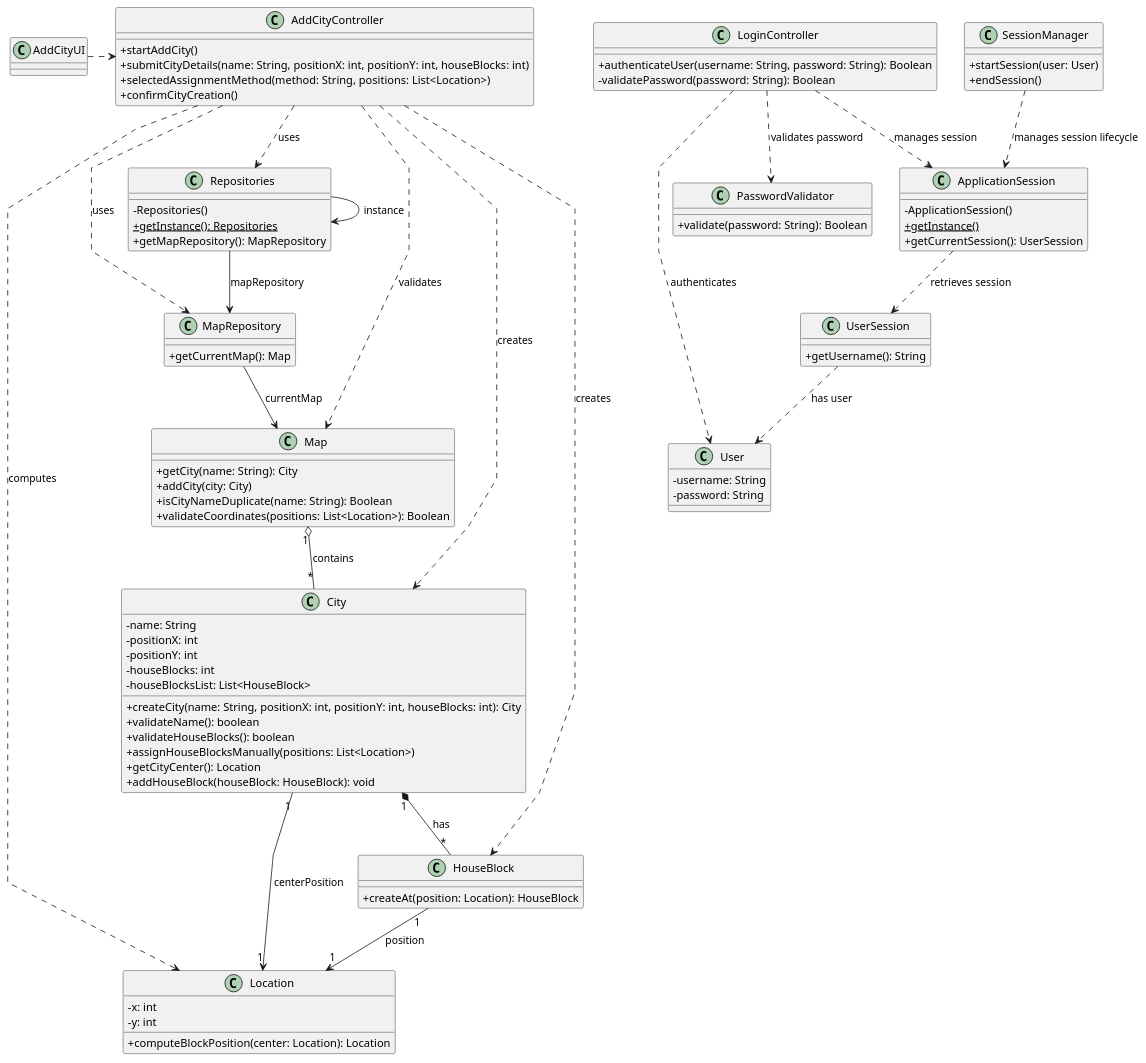
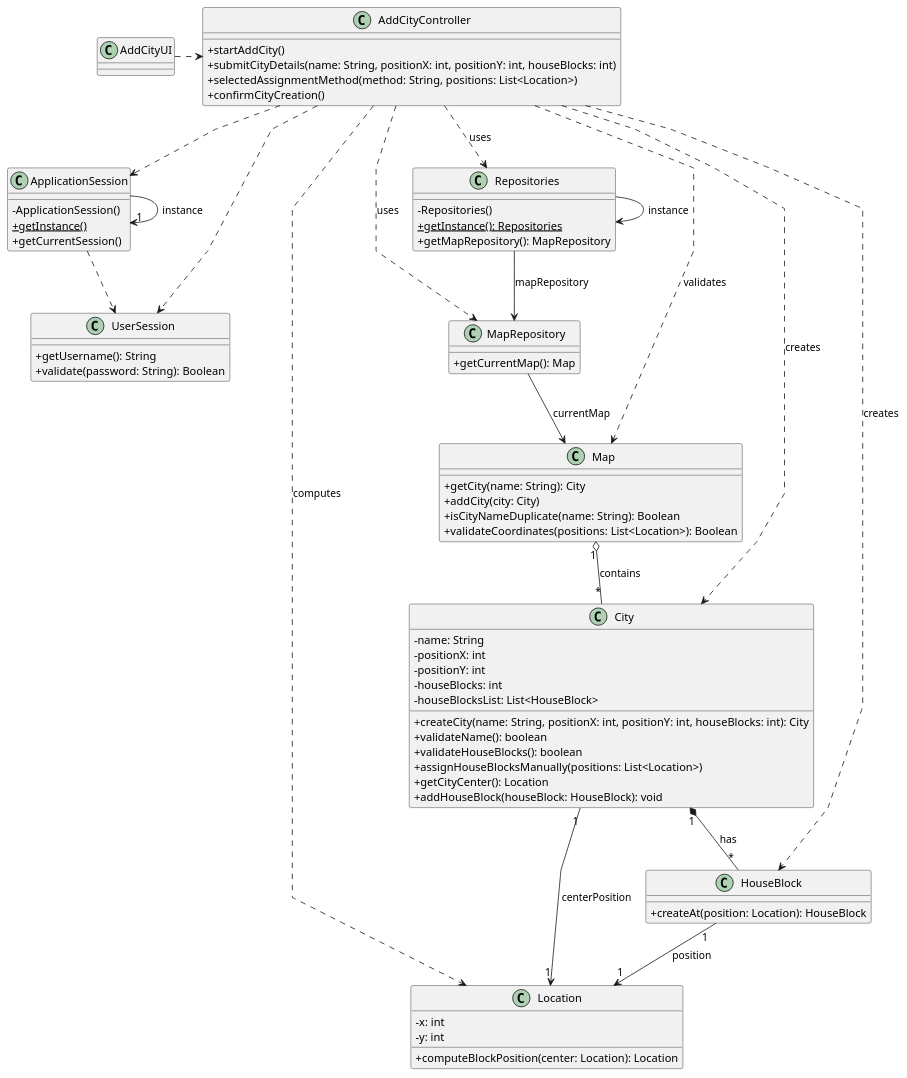
One commit to 1240826/empire-on-tracks changed the diagram in docs/system-documentation/US003/03.design/puml/US003-CD.puml. Above: the diagram before and after it, drawn with PlantUML. The commit also changed 3 other files, not shown here.

```diff
--- a/docs/system-documentation/US003/03.design/puml/US003-CD.puml
+++ b/docs/system-documentation/US003/03.design/puml/US003-CD.puml
@@ -1,118 +1,98 @@
 @startuml
 skinparam packageStyle rectangle
 skinparam shadowing false
 skinparam linetype polyline
 skinparam classAttributeIconSize 0
 
-class "LoginController" {
-    + authenticateUser(username: String, password: String): Boolean
-    - validatePassword(password: String): Boolean
+class ApplicationSession
+{
+    - ApplicationSession()
+    + {static} getInstance()
+    + getCurrentSession()
 }
 
-class "User" {
-    - username: String
-    - password: String
-}
-
-class "PasswordValidator" {
+class UserSession {
+    + getUsername(): String
     + validate(password: String): Boolean
 }
 
-class "ApplicationSession" {
-    - ApplicationSession()
-    + {static} getInstance()
-    + getCurrentSession(): UserSession
-}
+ApplicationSession ..> UserSession
+ApplicationSession -> "1" ApplicationSession : instance
 
-class "UserSession" {
-    + getUsername(): String
-}
-
-class "SessionManager" {
-    + startSession(user: User)
-    + endSession()
-}
 
 class "City" {
     - name: String
     - positionX: int
     - positionY: int
     - houseBlocks: int
     - houseBlocksList: List<HouseBlock>
     + createCity(name: String, positionX: int, positionY: int, houseBlocks: int): City
     + validateName(): boolean
     + validateHouseBlocks(): boolean
     + assignHouseBlocksManually(positions: List<Location>)
     + getCityCenter(): Location
     + addHouseBlock(houseBlock: HouseBlock): void
 }
 
 class "Location" {
     - x: int
     - y: int
     + computeBlockPosition(center: Location): Location
 }
 
 class "HouseBlock" {
     + createAt(position: Location): HouseBlock
 }
 
 class "Map" {
     + getCity(name: String): City
     + addCity(city: City)
     + isCityNameDuplicate(name: String): Boolean
     + validateCoordinates(positions: List<Location>): Boolean
 }
 
 class "Repositories" {
     - Repositories()
     + {static} getInstance(): Repositories
     + getMapRepository(): MapRepository
 }
 
 class "MapRepository" {
     + getCurrentMap(): Map
 }
 
 class "AddCityController" {
     + startAddCity()
     + submitCityDetails(name: String, positionX: int, positionY: int, houseBlocks: int)
     + selectedAssignmentMethod(method: String, positions: List<Location>)
     + confirmCityCreation()
 }
 
 class "AddCityUI" {
 
 }
 
-LoginController ..> User : authenticates
-LoginController ..> PasswordValidator : validates password
-LoginController ..> ApplicationSession : manages session
-
-ApplicationSession ..> UserSession : retrieves session
-UserSession ..> User : has user
-
-SessionManager ..> ApplicationSession : manages session lifecycle
-
 AddCityUI .> AddCityController
 AddCityController ..> Repositories : uses
 AddCityController ..> MapRepository : uses
 AddCityController ..> City : creates
 AddCityController ..> Location : computes
 AddCityController ..> HouseBlock : creates
 AddCityController ..> Map : validates
+AddCityController ..> ApplicationSession
+AddCityController ..> UserSession
 
 Repositories --> MapRepository : mapRepository
 
 Repositories --> Repositories : instance
 
 
 Map "1" o-- "*" City : contains
 City "1" *-- "*" HouseBlock : has
 City "1" --> "1" Location : centerPosition
 
 HouseBlock "1" --> "1" Location : position
 
 MapRepository --> Map : currentMap
 
 @enduml
```
